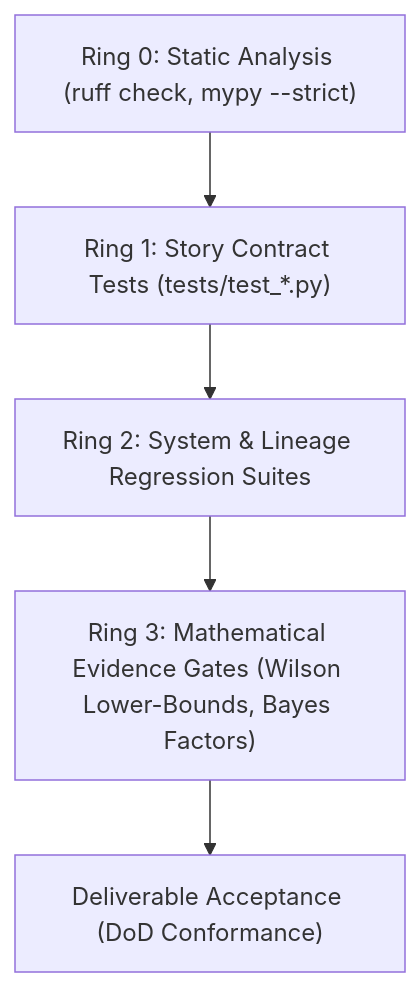
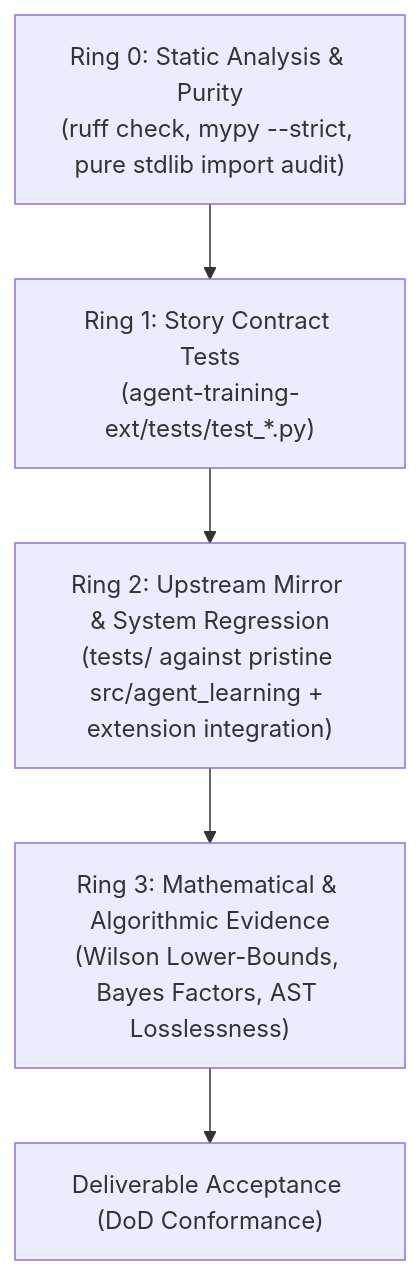
Before and after one commit to mdresch/agent-learning: the diagram in docs/project-docs/management-plans/Quality-Management-Plan.md, drawn with Mermaid. The commit also changed other lines of this file and 187 other files, not shown here.

````diff
--- a/docs/project-docs/management-plans/Quality-Management-Plan.md
+++ b/docs/project-docs/management-plans/Quality-Management-Plan.md
@@ -96,12 +104,12 @@
 ```mermaid
 flowchart TD
-    RING0["Ring 0: Static Analysis (ruff check, mypy --strict)"]
-    RING1["Ring 1: Story Contract Tests (tests/test_*.py)"]
-    RING2["Ring 2: System & Lineage Regression Suites"]
-    RING3["Ring 3: Mathematical Evidence Gates (Wilson Lower-Bounds, Bayes Factors)"]
+    RING0["Ring 0: Static Analysis & Purity<br/>(ruff check, mypy --strict, pure stdlib import audit)"]
+    RING1["Ring 1: Story Contract Tests<br/>(agent-training-ext/tests/test_*.py)"]
+    RING2["Ring 2: Upstream Mirror & System Regression<br/>(tests/ against pristine src/agent_learning + extension integration)"]
+    RING3["Ring 3: Mathematical & Algorithmic Evidence<br/>(Wilson Lower-Bounds, Bayes Factors, AST Losslessness)"]
 
     RING0 --> RING1
     RING1 --> RING2
     RING2 --> RING3
     RING3 --> ACCEPT["Deliverable Acceptance (DoD Conformance)"]
 ```
````
